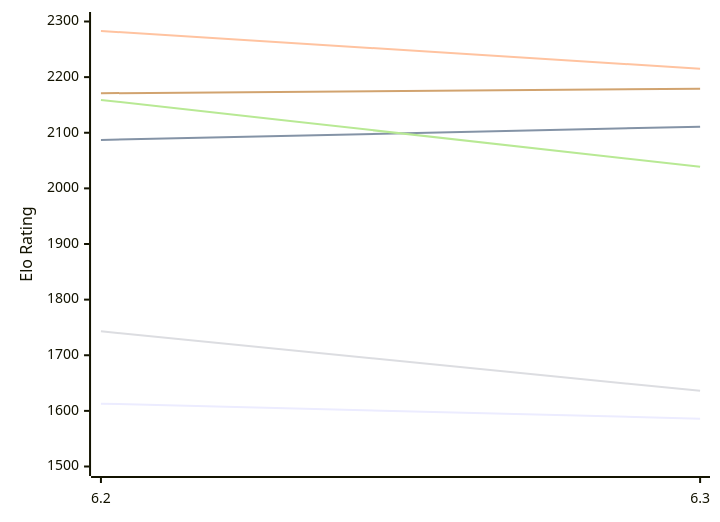
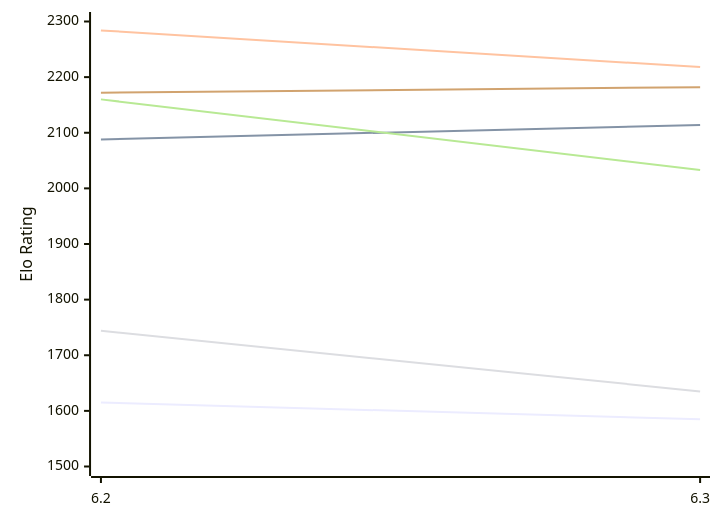
One commit to computer-chess-index/cci changed the first of 2 diagrams in engines/chess4j.md. Above: the diagram before and after it, drawn with Mermaid. The commit also changed other lines of this file, not shown here.

Commit message:
Update CCI Ratings (ELO VLTC) - 2026-11-19

````diff
--- a/engines/chess4j.md
+++ b/engines/chess4j.md
@@ -50,12 +50,12 @@
 ```mermaid
 %%{init: {"theme":"base","themeVariables":{"seriesColors:['#a3a3a3','#222221','#faa371']}}}%%
 xychart-beta
   x-axis ["6.2", "6.3"]
   y-axis "Elo Rating" 1500 --> 2300
-  line "E1: STC (8.0+0.08s)" [1613, 1586]
-  line "E1: LTC (60.0+0.60s)" [2087, 2111]
-  line "E1: VLTC (2m24s+1.12s)" [2283, 2215]
-  line "P1: STC (8.0+0.08s)" [1743, 1636]
-  line "P1: LTC (60.0+0.60s)" [2159, 2039]
-  line "P1: VLTC (2m24s+1.12s)" [2171, 2179]
+  line "E1: STC (8.0+0.08s)" [1615, 1585]
+  line "E1: LTC (60.0+0.60s)" [2088, 2114]
+  line "E1: VLTC (2m24s+1.12s)" [2284, 2218]
+  line "P1: STC (8.0+0.08s)" [1744, 1635]
+  line "P1: LTC (60.0+0.60s)" [2160, 2033]
+  line "P1: VLTC (2m24s+1.12s)" [2172, 2182]
 ```
````
